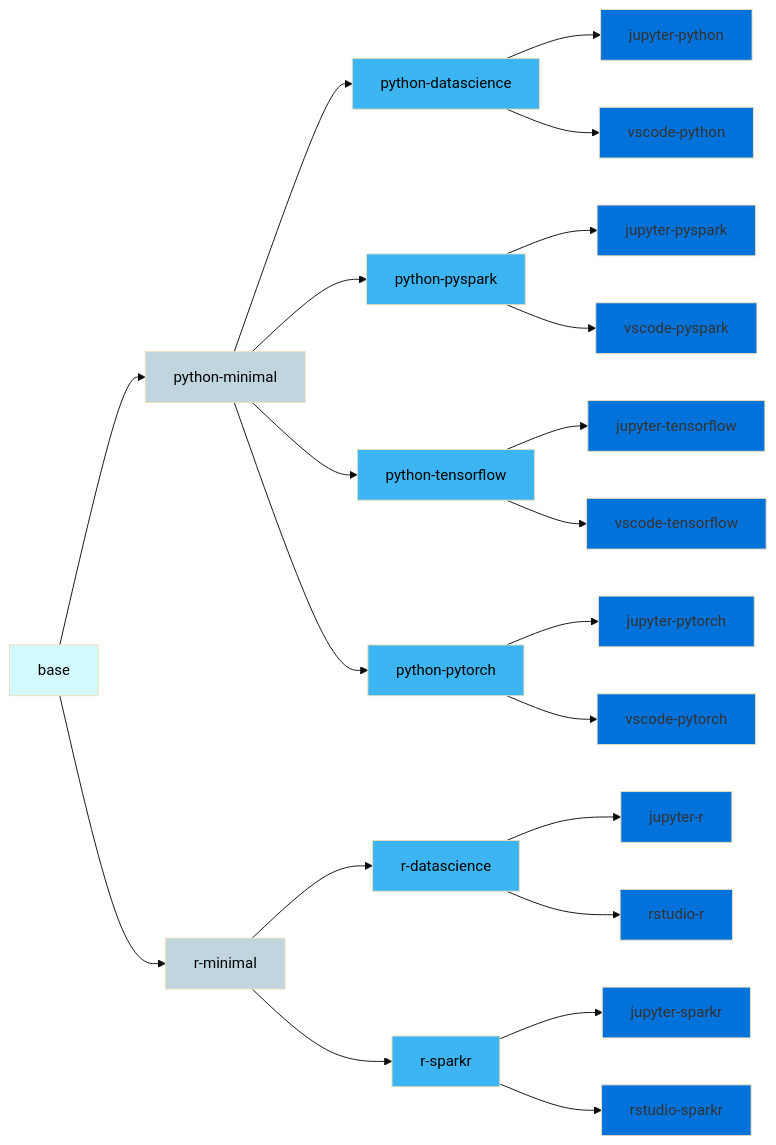
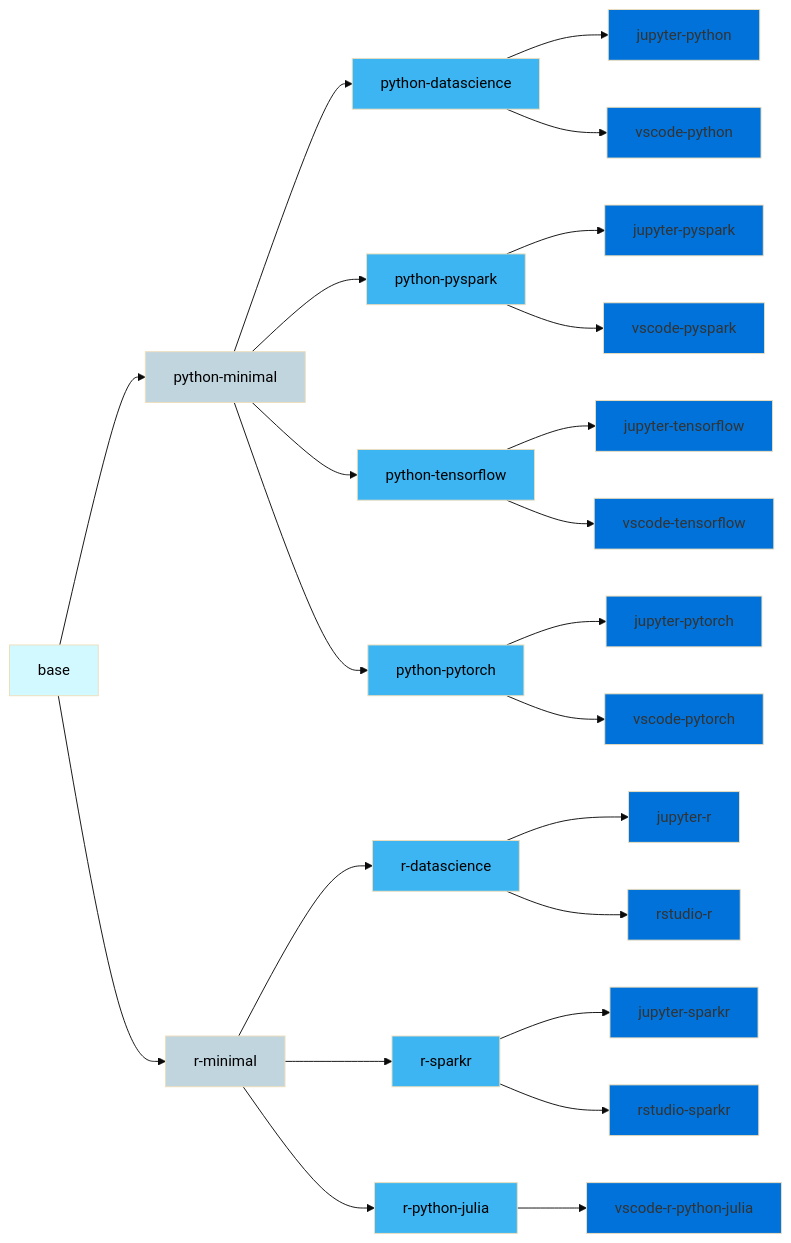
Before and after one commit to InseeFrLab/images-datascience: the diagram in README.md, drawn with Mermaid (base theme).

Commit message:
add r-python-julia images to graph

````diff
--- a/README.md
+++ b/README.md
@@ -15,27 +15,29 @@
 ```mermaid
   graph LR;
       B[base]:::base-->PM[python-minimal]:::minimal;
       B-->RM[r-minimal]:::minimal;
       PM-->PYDS[python-datascience]:::package;
       PM-->PYSPARK[python-pyspark]:::package;
       PM-->PYTENSORFLOW[python-tensorflow]:::package;
       PM-->PYTORCH[python-pytorch]:::package;
       RM-->RDS[r-datascience]:::package;
       RM-->RSPARK[r-sparkr]:::package;
+      RM-->RPYJU[r-python-julia]:::package;
       PYSPARK--> JPYSPARK[jupyter-pyspark]:::ide;
       PYDS--> JPYDS[jupyter-python]:::ide;
       PYTENSORFLOW--> JPYTENSORFLOW[jupyter-tensorflow]:::ide;
       PYTORCH--> JPYTORCH[jupyter-pytorch]:::ide;
       PYSPARK--> VSCODEPYSPARK[vscode-pyspark]:::ide;
       PYDS--> VSCODEPYDS[vscode-python]:::ide;
       PYTENSORFLOW--> VSCODEPYTENSORFLOW[vscode-tensorflow]:::ide;
       PYTORCH--> VSCODEPYTORCH[vscode-pytorch]:::ide;
       RSPARK -->JSPARKR[jupyter-sparkr]:::ide;
       RDS--> JRDS[jupyter-r]:::ide;
       RSPARK -->RSTUDIOSPARKR[rstudio-sparkr]:::ide;
       RDS--> RSTUDIORDS[rstudio-r]:::ide;
+      RPYJU--> VSCODERPYJU[vscode-r-python-julia]:::ide;
       classDef base fill:#d2f9ff,color:#000  ;
       classDef minimal fill:#C1D5DF,color:#000;
       classDef package fill:#3cb5f2 ,color:#000  ;
       classDef ide fill:#0072d9  ;
 ```
````
